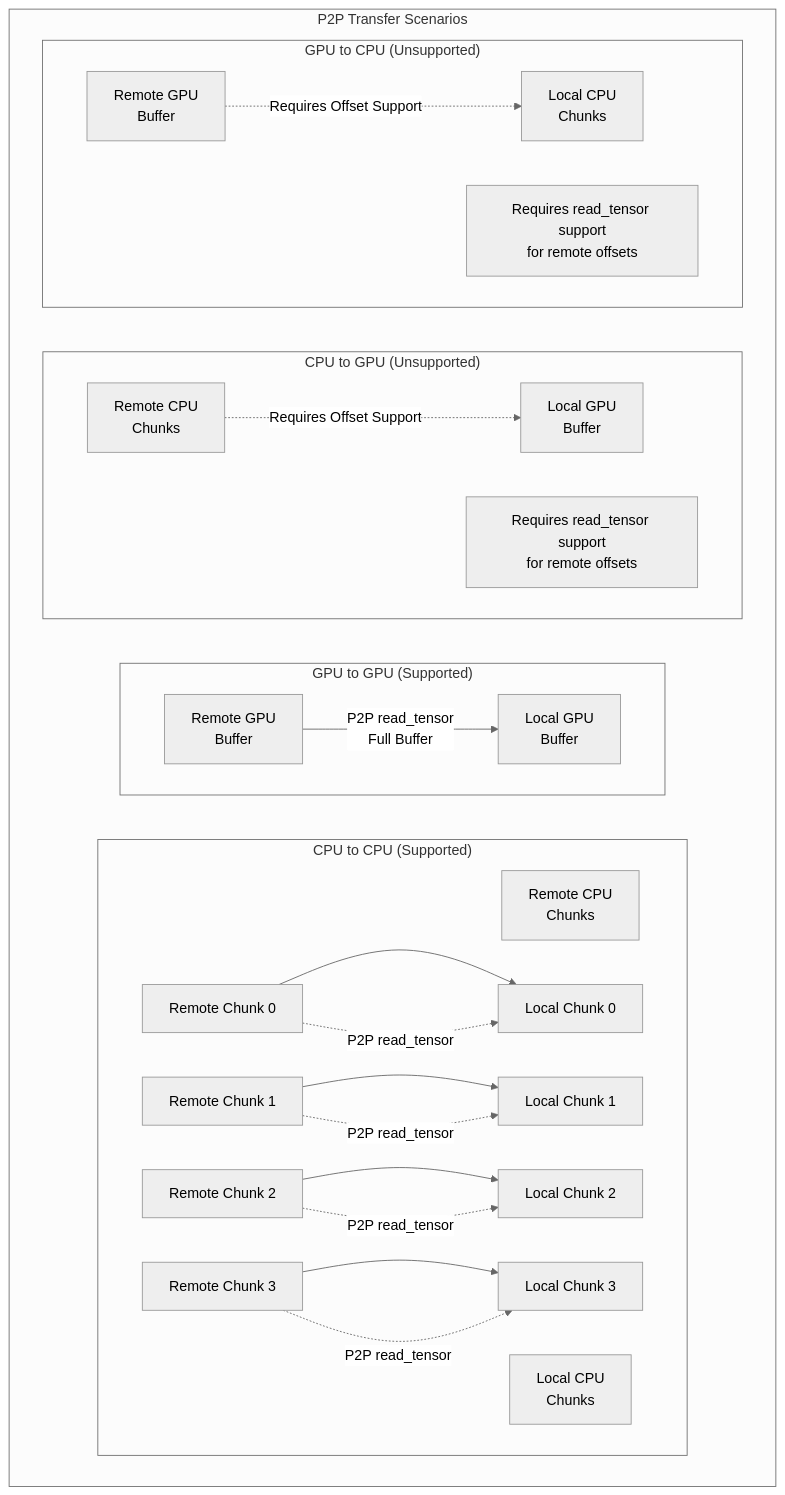
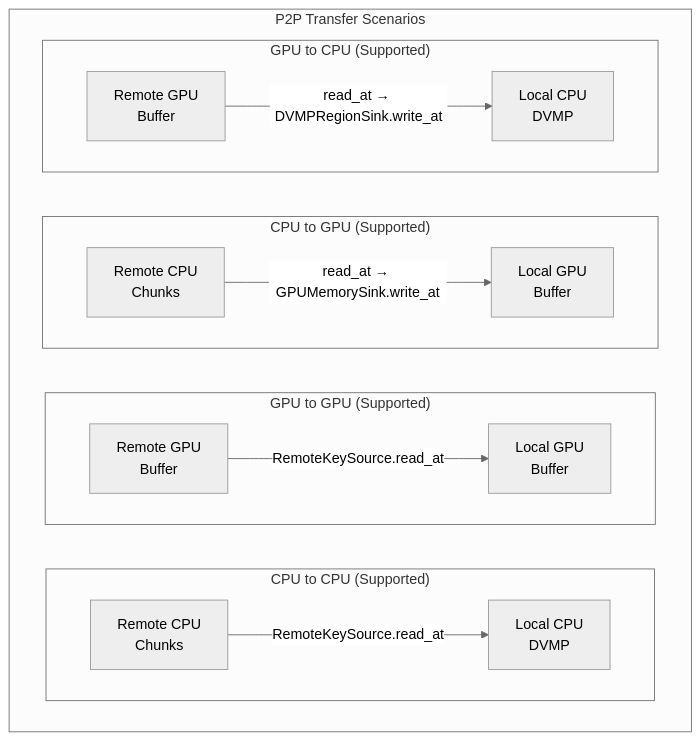
The ninth of 13 diagrams in web-docs/docs/developer-guides/core/store/architecture.md (tensorcast-ai/tensorcast), drawn with Mermaid (neutral theme) before and after one commit. The commit also changed other lines of this file and 2 other files, not shown here.

````diff
--- a/web-docs/docs/developer-guides/core/store/architecture.md
+++ b/web-docs/docs/developer-guides/core/store/architecture.md
@@ -529,49 +410,33 @@
 ```mermaid
 graph TB
     subgraph "P2P Transfer Scenarios"
 
         subgraph "CPU to CPU (Supported)"
             direction LR
             RemoteCPU[Remote CPU<br/>Chunks]
-            LocalCPU[Local CPU<br/>Chunks]
-
-            RC0[Remote Chunk 0] --> LC0[Local Chunk 0]
-            RC1[Remote Chunk 1] --> LC1[Local Chunk 1]
-            RC2[Remote Chunk 2] --> LC2[Local Chunk 2]
-            RC3[Remote Chunk 3] --> LC3[Local Chunk 3]
-
-            RC0 -.->|P2P read_tensor| LC0
-            RC1 -.->|P2P read_tensor| LC1
-            RC2 -.->|P2P read_tensor| LC2
-            RC3 -.->|P2P read_tensor| LC3
+            LocalCPU[Local CPU<br/>DVMP]
+            RemoteCPU -->|RemoteKeySource.read_at| LocalCPU
         end
 
         subgraph "GPU to GPU (Supported)"
             direction LR
             RemoteGPU[Remote GPU<br/>Buffer]
             LocalGPU[Local GPU<br/>Buffer]
-
-            RemoteGPU -->|P2P read_tensor<br/>Full Buffer| LocalGPU
+            RemoteGPU -->|RemoteKeySource.read_at| LocalGPU
         end
 
-        subgraph "CPU to GPU (Unsupported)"
+        subgraph "CPU to GPU (Supported)"
             direction LR
             RemoteCPU2[Remote CPU<br/>Chunks]
             LocalGPU2[Local GPU<br/>Buffer]
-
-            RemoteCPU2 -.->|Requires Offset Support| LocalGPU2
-
-            Note1[Requires read_tensor support<br/>for remote offsets]
+            RemoteCPU2 -->|read_at → GPUMemorySink.write_at| LocalGPU2
         end
 
-        subgraph "GPU to CPU (Unsupported)"
+        subgraph "GPU to CPU (Supported)"
             direction LR
             RemoteGPU2[Remote GPU<br/>Buffer]
-            LocalCPU2[Local CPU<br/>Chunks]
-
-            RemoteGPU2 -.->|Requires Offset Support| LocalCPU2
-
-            Note2[Requires read_tensor support<br/>for remote offsets]
+            LocalCPU2[Local CPU<br/>DVMP]
+            RemoteGPU2 -->|read_at → DVMPRegionSink.write_at| LocalCPU2
         end
     end
 ```
````
